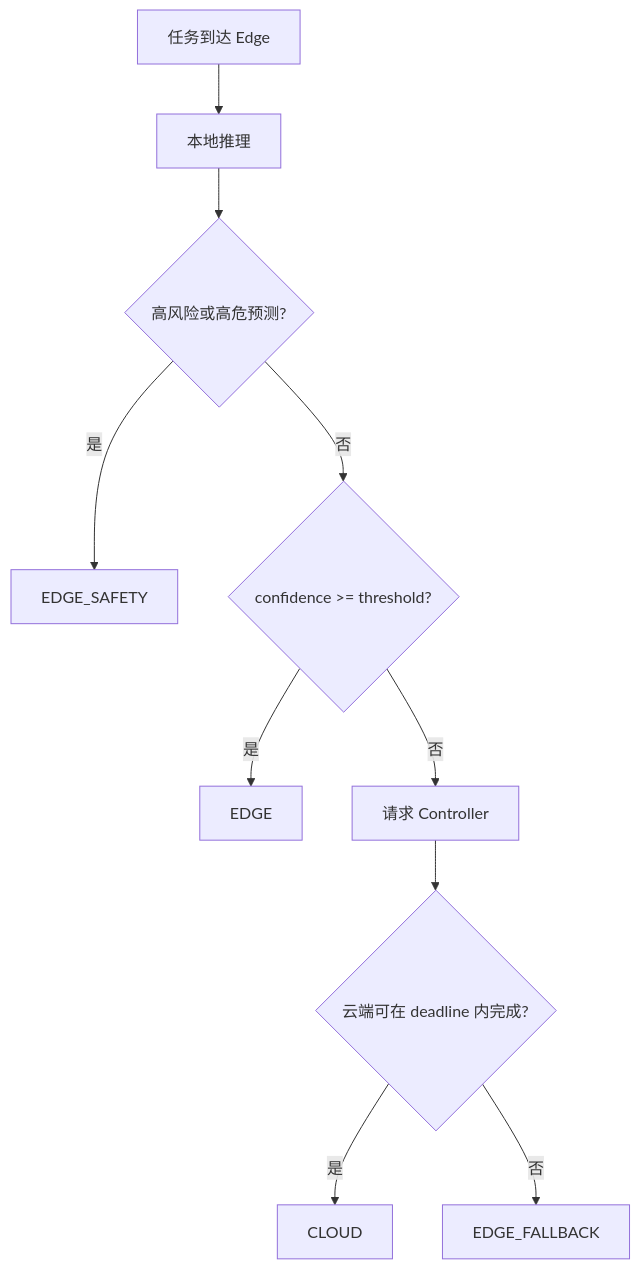
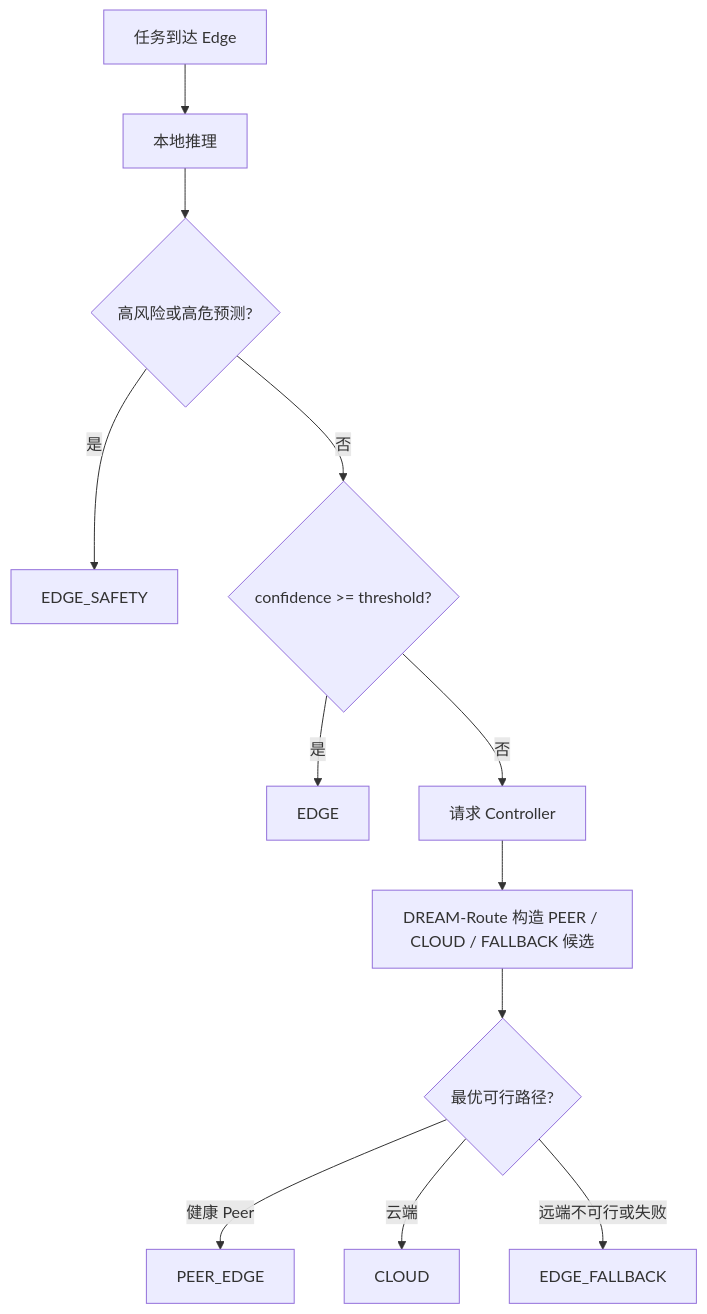
Before and after one commit to jry21223/cloud-edge-decision-system: the second of 3 diagrams in docs/ARCHITECTURE.md, drawn with Mermaid. The commit also changed other lines of this file and 54 other files, not shown here.

Commit message:
feat: integrate anonymous cloud-edge submission candidate

````diff
--- a/docs/ARCHITECTURE.md
+++ b/docs/ARCHITECTURE.md
@@ -67,12 +67,14 @@
 ```mermaid
 flowchart TD
     A[任务到达 Edge] --> B[本地推理]
     B --> C{高风险或高危预测?}
     C -->|是| D[EDGE_SAFETY]
     C -->|否| E{confidence >= threshold?}
     E -->|是| F[EDGE]
     E -->|否| G[请求 Controller]
-    G --> H{云端可在 deadline 内完成?}
-    H -->|是| I[CLOUD]
-    H -->|否| J[EDGE_FALLBACK]
+    G --> H[DREAM-Route 构造 PEER / CLOUD / FALLBACK 候选]
+    H --> I{最优可行路径?}
+    I -->|健康 Peer| J[PEER_EDGE]
+    I -->|云端| K[CLOUD]
+    I -->|远端不可行或失败| L[EDGE_FALLBACK]
 ```
````
